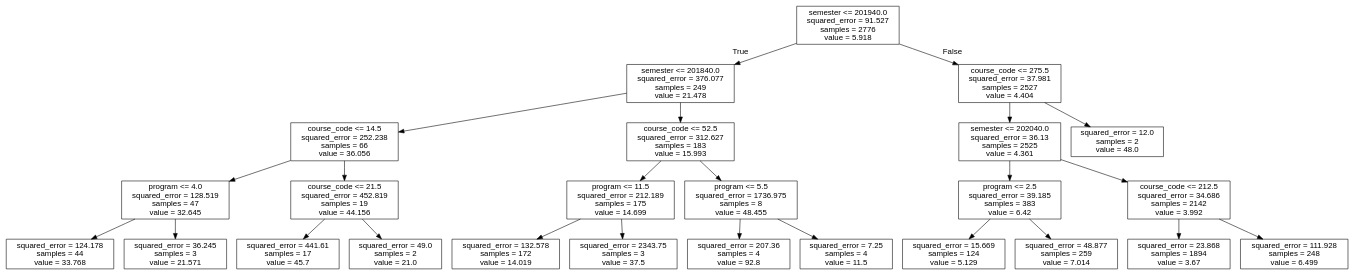
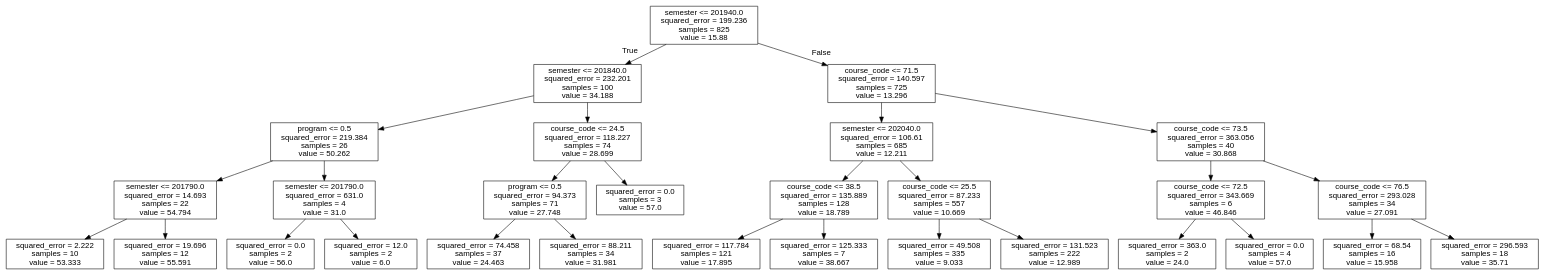
Before and after one commit to GoswamiSagarD/Team-Prophecy: the diagram in Code/src/DataEngineering/ModelCreation_ipynb/TreeReg.dot, drawn with Graphviz. The commit also changed 5 other files, not shown here.

```diff
--- a/Code/src/DataEngineering/ModelCreation_ipynb/TreeReg.dot
+++ b/Code/src/DataEngineering/ModelCreation_ipynb/TreeReg.dot
@@ -1,53 +1,61 @@
 digraph Tree {
 node [shape=box, fontname="helvetica"] ;
 edge [fontname="helvetica"] ;
-0 [label="semester <= 201940.0\nsquared_error = 91.527\nsamples = 2776\nvalue = 5.918"] ;
-1 [label="semester <= 201840.0\nsquared_error = 376.077\nsamples = 249\nvalue = 21.478"] ;
+0 [label="semester <= 201940.0\nsquared_error = 199.236\nsamples = 825\nvalue = 15.88"] ;
+1 [label="semester <= 201840.0\nsquared_error = 232.201\nsamples = 100\nvalue = 34.188"] ;
 0 -> 1 [labeldistance=2.5, labelangle=45, headlabel="True"] ;
-2 [label="course_code <= 14.5\nsquared_error = 252.238\nsamples = 66\nvalue = 36.056"] ;
+2 [label="program <= 0.5\nsquared_error = 219.384\nsamples = 26\nvalue = 50.262"] ;
 1 -> 2 ;
-3 [label="program <= 4.0\nsquared_error = 128.519\nsamples = 47\nvalue = 32.645"] ;
+3 [label="semester <= 201790.0\nsquared_error = 14.693\nsamples = 22\nvalue = 54.794"] ;
 2 -> 3 ;
-4 [label="squared_error = 124.178\nsamples = 44\nvalue = 33.768"] ;
+4 [label="squared_error = 2.222\nsamples = 10\nvalue = 53.333"] ;
 3 -> 4 ;
-5 [label="squared_error = 36.245\nsamples = 3\nvalue = 21.571"] ;
+5 [label="squared_error = 19.696\nsamples = 12\nvalue = 55.591"] ;
 3 -> 5 ;
-6 [label="course_code <= 21.5\nsquared_error = 452.819\nsamples = 19\nvalue = 44.156"] ;
+6 [label="semester <= 201790.0\nsquared_error = 631.0\nsamples = 4\nvalue = 31.0"] ;
 2 -> 6 ;
-7 [label="squared_error = 441.61\nsamples = 17\nvalue = 45.7"] ;
+7 [label="squared_error = 0.0\nsamples = 2\nvalue = 56.0"] ;
 6 -> 7 ;
-8 [label="squared_error = 49.0\nsamples = 2\nvalue = 21.0"] ;
+8 [label="squared_error = 12.0\nsamples = 2\nvalue = 6.0"] ;
 6 -> 8 ;
-9 [label="course_code <= 52.5\nsquared_error = 312.627\nsamples = 183\nvalue = 15.993"] ;
+9 [label="course_code <= 24.5\nsquared_error = 118.227\nsamples = 74\nvalue = 28.699"] ;
 1 -> 9 ;
-10 [label="program <= 11.5\nsquared_error = 212.189\nsamples = 175\nvalue = 14.699"] ;
+10 [label="program <= 0.5\nsquared_error = 94.373\nsamples = 71\nvalue = 27.748"] ;
 9 -> 10 ;
-11 [label="squared_error = 132.578\nsamples = 172\nvalue = 14.019"] ;
+11 [label="squared_error = 74.458\nsamples = 37\nvalue = 24.463"] ;
 10 -> 11 ;
-12 [label="squared_error = 2343.75\nsamples = 3\nvalue = 37.5"] ;
+12 [label="squared_error = 88.211\nsamples = 34\nvalue = 31.981"] ;
 10 -> 12 ;
-13 [label="program <= 5.5\nsquared_error = 1736.975\nsamples = 8\nvalue = 48.455"] ;
+13 [label="squared_error = 0.0\nsamples = 3\nvalue = 57.0"] ;
 9 -> 13 ;
-14 [label="squared_error = 207.36\nsamples = 4\nvalue = 92.8"] ;
-13 -> 14 ;
-15 [label="squared_error = 7.25\nsamples = 4\nvalue = 11.5"] ;
-13 -> 15 ;
-16 [label="course_code <= 275.5\nsquared_error = 37.981\nsamples = 2527\nvalue = 4.404"] ;
-0 -> 16 [labeldistance=2.5, labelangle=-45, headlabel="False"] ;
-17 [label="semester <= 202040.0\nsquared_error = 36.13\nsamples = 2525\nvalue = 4.361"] ;
+14 [label="course_code <= 71.5\nsquared_error = 140.597\nsamples = 725\nvalue = 13.296"] ;
+0 -> 14 [labeldistance=2.5, labelangle=-45, headlabel="False"] ;
+15 [label="semester <= 202040.0\nsquared_error = 106.61\nsamples = 685\nvalue = 12.211"] ;
+14 -> 15 ;
+16 [label="course_code <= 38.5\nsquared_error = 135.889\nsamples = 128\nvalue = 18.789"] ;
+15 -> 16 ;
+17 [label="squared_error = 117.784\nsamples = 121\nvalue = 17.895"] ;
 16 -> 17 ;
-18 [label="program <= 2.5\nsquared_error = 39.185\nsamples = 383\nvalue = 6.42"] ;
-17 -> 18 ;
-19 [label="squared_error = 15.669\nsamples = 124\nvalue = 5.129"] ;
-18 -> 19 ;
-20 [label="squared_error = 48.877\nsamples = 259\nvalue = 7.014"] ;
-18 -> 20 ;
-21 [label="course_code <= 212.5\nsquared_error = 34.686\nsamples = 2142\nvalue = 3.992"] ;
-17 -> 21 ;
-22 [label="squared_error = 23.868\nsamples = 1894\nvalue = 3.67"] ;
-21 -> 22 ;
-23 [label="squared_error = 111.928\nsamples = 248\nvalue = 6.499"] ;
-21 -> 23 ;
-24 [label="squared_error = 12.0\nsamples = 2\nvalue = 48.0"] ;
-16 -> 24 ;
+18 [label="squared_error = 125.333\nsamples = 7\nvalue = 38.667"] ;
+16 -> 18 ;
+19 [label="course_code <= 25.5\nsquared_error = 87.233\nsamples = 557\nvalue = 10.669"] ;
+15 -> 19 ;
+20 [label="squared_error = 49.508\nsamples = 335\nvalue = 9.033"] ;
+19 -> 20 ;
+21 [label="squared_error = 131.523\nsamples = 222\nvalue = 12.989"] ;
+19 -> 21 ;
+22 [label="course_code <= 73.5\nsquared_error = 363.056\nsamples = 40\nvalue = 30.868"] ;
+14 -> 22 ;
+23 [label="course_code <= 72.5\nsquared_error = 343.669\nsamples = 6\nvalue = 46.846"] ;
+22 -> 23 ;
+24 [label="squared_error = 363.0\nsamples = 2\nvalue = 24.0"] ;
+23 -> 24 ;
+25 [label="squared_error = 0.0\nsamples = 4\nvalue = 57.0"] ;
+23 -> 25 ;
+26 [label="course_code <= 76.5\nsquared_error = 293.028\nsamples = 34\nvalue = 27.091"] ;
+22 -> 26 ;
+27 [label="squared_error = 68.54\nsamples = 16\nvalue = 15.958"] ;
+26 -> 27 ;
+28 [label="squared_error = 296.593\nsamples = 18\nvalue = 35.71"] ;
+26 -> 28 ;
 }
```
